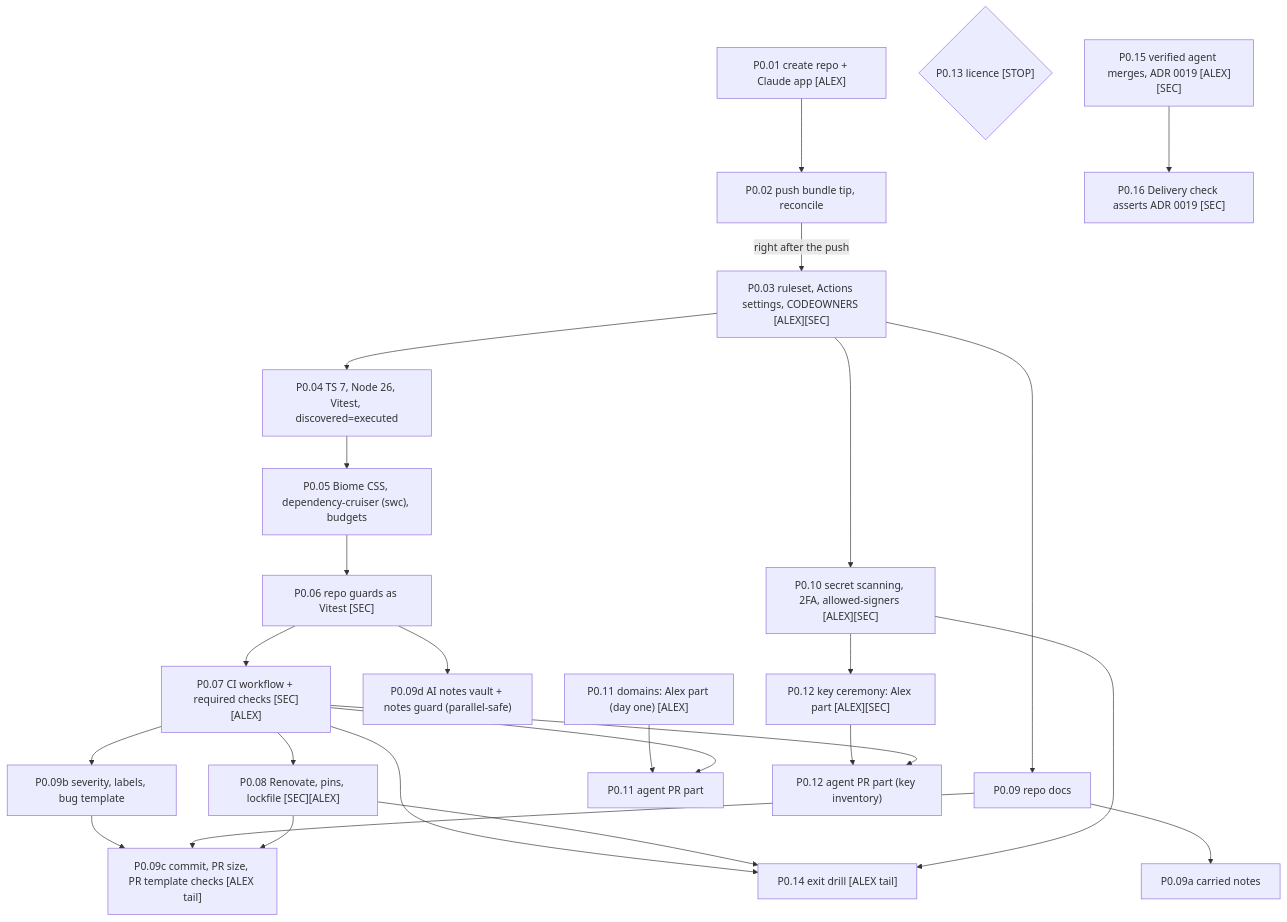
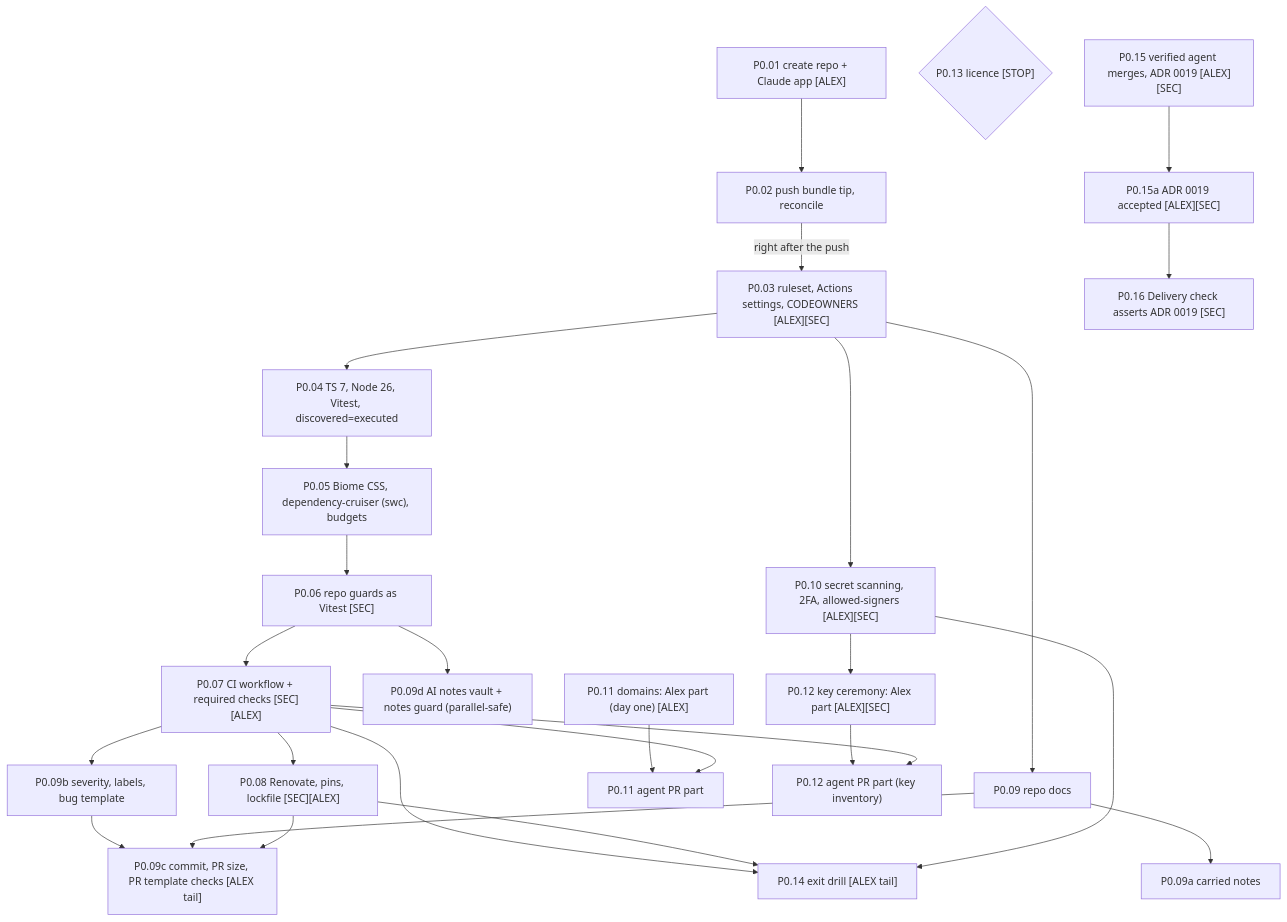
The first of 2 diagrams in docs/ai/book/phase-0.md (Undefined6799/unset), drawn with Mermaid before and after one commit. The commit also changed other lines of this file and 3 other files, not shown here.

````diff
--- a/docs/ai/book/phase-0.md
+++ b/docs/ai/book/phase-0.md
@@ -76,28 +76,29 @@
 ```mermaid
 flowchart TD
   P001["P0.01 create repo + Claude app [ALEX]"] --> P002["P0.02 push bundle tip, reconcile"]
   P002 -->|"right after the push"| P003["P0.03 ruleset, Actions settings, CODEOWNERS [ALEX][SEC]"]
   P003 --> P004["P0.04 TS 7, Node 26, Vitest, discovered=executed"]
   P004 --> P005["P0.05 Biome CSS, dependency-cruiser (swc), budgets"]
   P005 --> P006["P0.06 repo guards as Vitest [SEC]"]
   P006 --> P007["P0.07 CI workflow + required checks [SEC][ALEX]"]
   P007 --> P008["P0.08 Renovate, pins, lockfile [SEC][ALEX]"]
   P003 --> P009["P0.09 repo docs"]
   P009 --> P009a["P0.09a carried notes"]
   P007 --> P009b["P0.09b severity, labels, bug template"]
   P009b --> P009c["P0.09c commit, PR size, PR template checks [ALEX tail]"]
   P006 --> P009d["P0.09d AI notes vault + notes guard (parallel-safe)"]
   P009 --> P009c
   P008 --> P009c
   P003 --> P010["P0.10 secret scanning, 2FA, allowed-signers [ALEX][SEC]"]
   P011A["P0.11 domains: Alex part (day one) [ALEX]"] --> P011B["P0.11 agent PR part"]
   P007 --> P011B
   P010 --> P012A["P0.12 key ceremony: Alex part [ALEX][SEC]"]
   P012A --> P012B["P0.12 agent PR part (key inventory)"]
   P007 --> P012B
   P013{"P0.13 licence [STOP]"}
   P007 --> P014["P0.14 exit drill [ALEX tail]"]
   P008 --> P014
   P010 --> P014
-  P015["P0.15 verified agent merges, ADR 0019 [ALEX][SEC]"] --> P016["P0.16 Delivery check asserts ADR 0019 [SEC]"]
+  P015["P0.15 verified agent merges, ADR 0019 [ALEX][SEC]"] --> P015a["P0.15a ADR 0019 accepted [ALEX][SEC]"]
+  P015a --> P016["P0.16 Delivery check asserts ADR 0019 [SEC]"]
 ```
````
